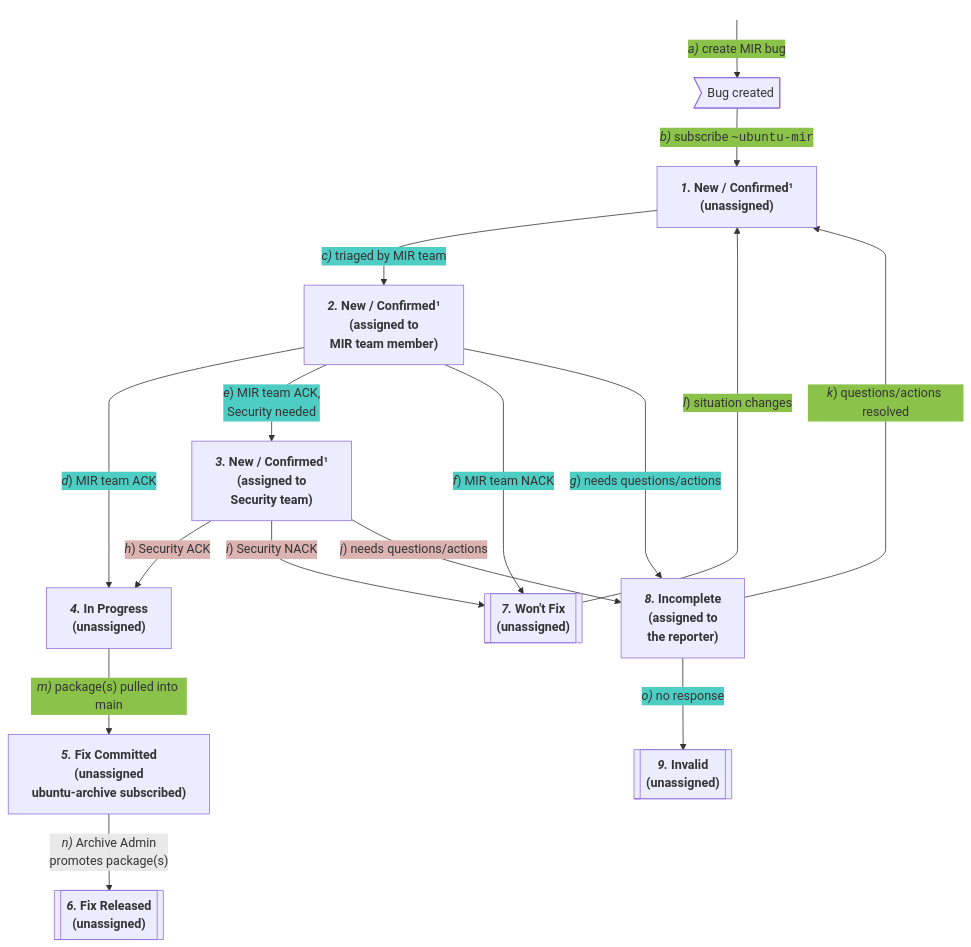
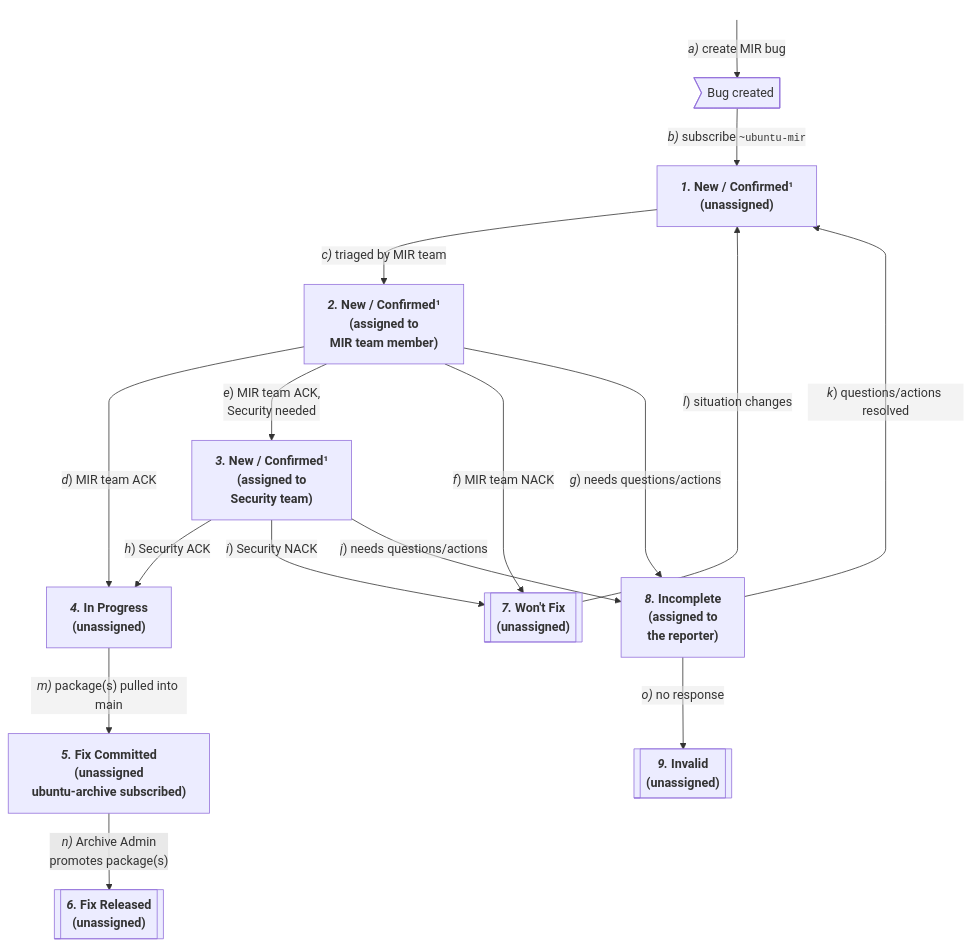
Before and after one commit to ubuntu/ubuntu-project-docs: the diagram in docs/MIR/mir-process-states.md, drawn with Mermaid. The commit also changed 17 other files, not shown here.

Commit message:
fix: remove hard-coded colors from mermaid diagrams for dark mode readability (fixes #694)

````diff
--- a/docs/MIR/mir-process-states.md
+++ b/docs/MIR/mir-process-states.md
@@ -17,45 +17,51 @@
 ```{mermaid}
 %% mermaid flowcharts documentation: https://mermaid.js.org/syntax/flowchart.html
-%%{ init: { "flowchart": { "curve": "monotoneY", "htmlLabels": true } } }%%
+%%{ init: { 'flowchart': {
+                'curve': 'monotoneY',
+                'htmlLabels': true },
+            'themeVariables': {
+                'fontSize': '1em',
+                'fontFamily': 'Ubuntu'} } }%%
+
 flowchart TD
     %% Styles
     classDef Invisible stroke-width:0,fill:#00000000
 
     %% States
     ToReview["<b><i>1.</i> New / Confirmed¹<br>(unassigned)</b>"]
     AssignedToMirTeamMember["<b><i>2.</i> New / Confirmed¹<br>(assigned to<br>MIR team member)</b>"]
     AssignedToSecurityTeamMember["<b><i>3.</i> New / Confirmed¹<br>(assigned to<br>Security team)</b>"]
     WontFix[["<b><i>7.</i> Won't Fix<br>(unassigned)</b>"]]
     InProgress["<b><i>4.</i> In Progress<br>(unassigned)</b>"]
     FixCommitted["<b><i>5.</i> Fix Committed<br>(unassigned<br>ubuntu-archive subscribed)</b>"]
     FixReleased[["<b><i>6.</i> Fix Released<br>(unassigned)</b>"]]
     Incomplete["<b><i>8.</i> Incomplete<br>(assigned to<br>the reporter)</b>"]
     Invalid[["<b><i>9.</i> Invalid<br>(unassigned)</b>"]]
 
     %% Meta States
     Start((" ")):::Invisible
     BugCreated>"Bug created"]
 
     %% Transitions
-    Start-->|"<div style='background:#8BC34A'><i>a)</i> create MIR bug</div>"| BugCreated
-    BugCreated-->|"<div style='background:#8BC34A'><i>b)</i> subscribe <code>~ubuntu-mir</code></div>"|ToReview
+    Start-->|"<div><i>a)</i> create MIR bug</div>"| BugCreated
+    BugCreated-->|"<div><i>b)</i> subscribe <code>~ubuntu-mir</code></div>"|ToReview
 
-    ToReview -->|"<div style='background:#4ECDC4'><i>c)</i> triaged by MIR team</div>"| AssignedToMirTeamMember
+    ToReview -->|"<div><i>c)</i> triaged by MIR team</div>"| AssignedToMirTeamMember
 
-    AssignedToMirTeamMember -->|"<div style='background:#4ECDC4'><i>d</i>) MIR team ACK</div>"| InProgress
-    AssignedToMirTeamMember -->|"<div style='background:#4ECDC4'><i>e</i>) MIR team ACK,<br>Security needed</div>"| AssignedToSecurityTeamMember
-    AssignedToMirTeamMember -->|"<div style='background:#4ECDC4'><i>f</i>) MIR team NACK</div>"| WontFix
-    AssignedToMirTeamMember -->|"<div style='background:#4ECDC4'><i>g</i>) needs questions/actions</div>"| Incomplete
+    AssignedToMirTeamMember -->|"<div><i>d</i>) MIR team ACK</div>"| InProgress
+    AssignedToMirTeamMember -->|"<div><i>e</i>) MIR team ACK,<br>Security needed</div>"| AssignedToSecurityTeamMember
+    AssignedToMirTeamMember -->|"<div><i>f</i>) MIR team NACK</div>"| WontFix
+    AssignedToMirTeamMember -->|"<div><i>g</i>) needs questions/actions</div>"| Incomplete
 
-    AssignedToSecurityTeamMember -->|"<div style='background:#DBB3B1'><i>h</i>) Security ACK</div>"| InProgress
-    AssignedToSecurityTeamMember -->|"<div style='background:#DBB3B1'><i>i</i>) Security NACK</div>"| WontFix
-    AssignedToSecurityTeamMember -->|"<div style='background:#DBB3B1'><i>j</i>) needs questions/actions</div>"| Incomplete
+    AssignedToSecurityTeamMember -->|"<div><i>h</i>) Security ACK</div>"| InProgress
+    AssignedToSecurityTeamMember -->|"<div><i>i</i>) Security NACK</div>"| WontFix
+    AssignedToSecurityTeamMember -->|"<div><i>j</i>) needs questions/actions</div>"| Incomplete
 
-    Incomplete -->|"<div style='background:#8BC34A'><i>k</i>) questions/actions resolved</div>"| ToReview
-    WontFix -->|"<div style='background:#8BC34A'><i>l</i>) situation changes</div>"| ToReview
-    InProgress -->|"<div style='background:#8BC34A'><i>m)</i> package(s) pulled into main</div>"| FixCommitted
+    Incomplete -->|"<div><i>k</i>) questions/actions resolved</div>"| ToReview
+    WontFix -->|"<div><i>l</i>) situation changes</div>"| ToReview
+    InProgress -->|"<div><i>m)</i> package(s) pulled into main</div>"| FixCommitted
 
     FixCommitted -->|"<i>n)</i> Archive Admin</br>promotes package(s)"| FixReleased
 
-    Incomplete -->|"<div style='background:#4ECDC4'><i>o)</i> no response</div>"| Invalid
+    Incomplete -->|"<div><i>o)</i> no response</div>"| Invalid
 ```
````
